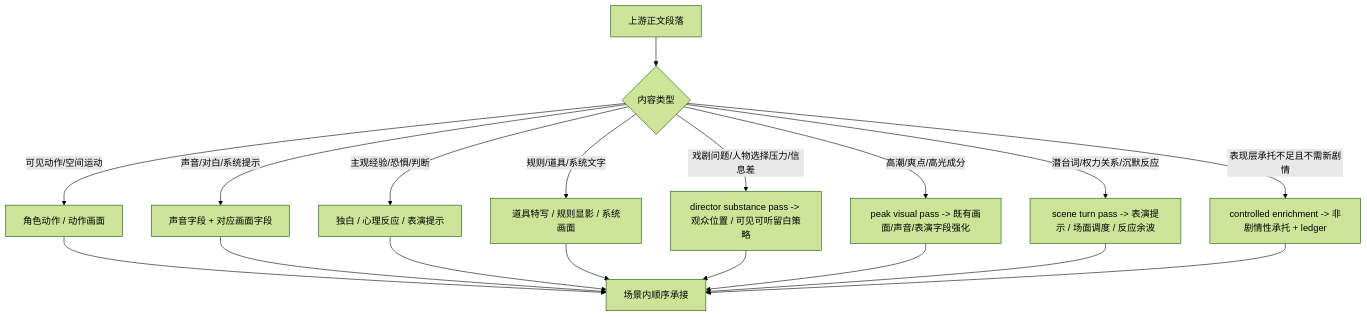
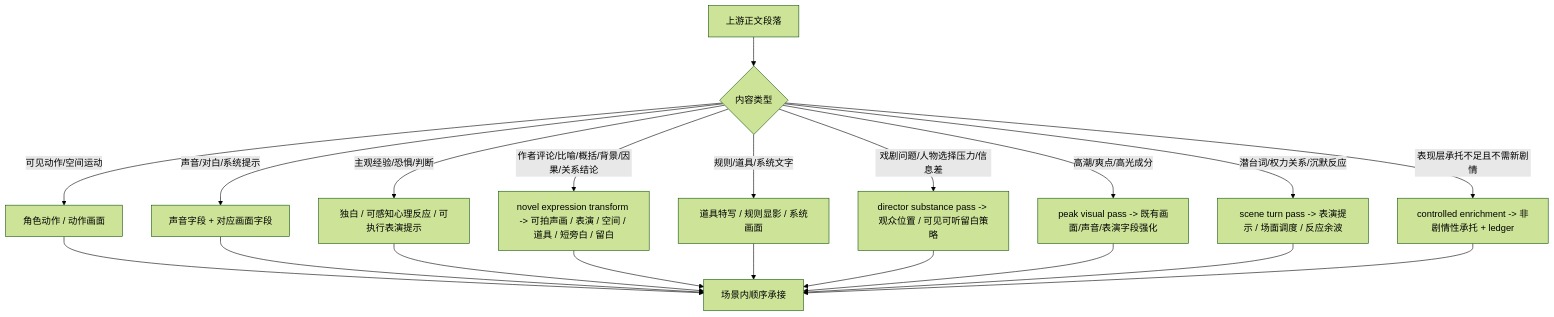
One commit to ZEN-VOID/AI-CUT changed the second of 2 diagrams in .agents/skills/aigc/2-编导/SKILL.md. Above: the diagram before and after it, drawn with Mermaid (forest theme). The commit also changed other lines of this file and 129 other files, not shown here.

````diff
--- a/.agents/skills/aigc/2-编导/SKILL.md
+++ b/.agents/skills/aigc/2-编导/SKILL.md
@@ -204,20 +223,22 @@
 ```mermaid
 flowchart TD
     A["上游正文段落"] --> B{"内容类型"}
     B -->|"可见动作/空间运动"| C["角色动作 / 动作画面"]
     B -->|"声音/对白/系统提示"| D["声音字段 + 对应画面字段"]
-    B -->|"主观经验/恐惧/判断"| E["独白 / 心理反应 / 表演提示"]
+    B -->|"主观经验/恐惧/判断"| E["独白 / 可感知心理反应 / 可执行表演提示"]
+    B -->|"作者评论/比喻/概括/背景/因果/关系结论"| N["novel expression transform -> 可拍声画 / 表演 / 空间 / 道具 / 短旁白 / 留白"]
     B -->|"规则/道具/系统文字"| F["道具特写 / 规则显影 / 系统画面"]
     B -->|"戏剧问题/人物选择压力/信息差"| K["director substance pass -> 观众位置 / 可见可听留白策略"]
     B -->|"高潮/爽点/高光成分"| H["peak visual pass -> 既有画面/声音/表演字段强化"]
     B -->|"潜台词/权力关系/沉默反应"| I["scene turn pass -> 表演提示 / 场面调度 / 反应余波"]
     B -->|"表现层承托不足且不需新剧情"| J["controlled enrichment -> 非剧情性承托 + ledger"]
     C --> G["场景内顺序承接"]
     D --> G
     E --> G
+    N --> G
     F --> G
     K --> G
     H --> G
     I --> G
     J --> G
 ```
````
